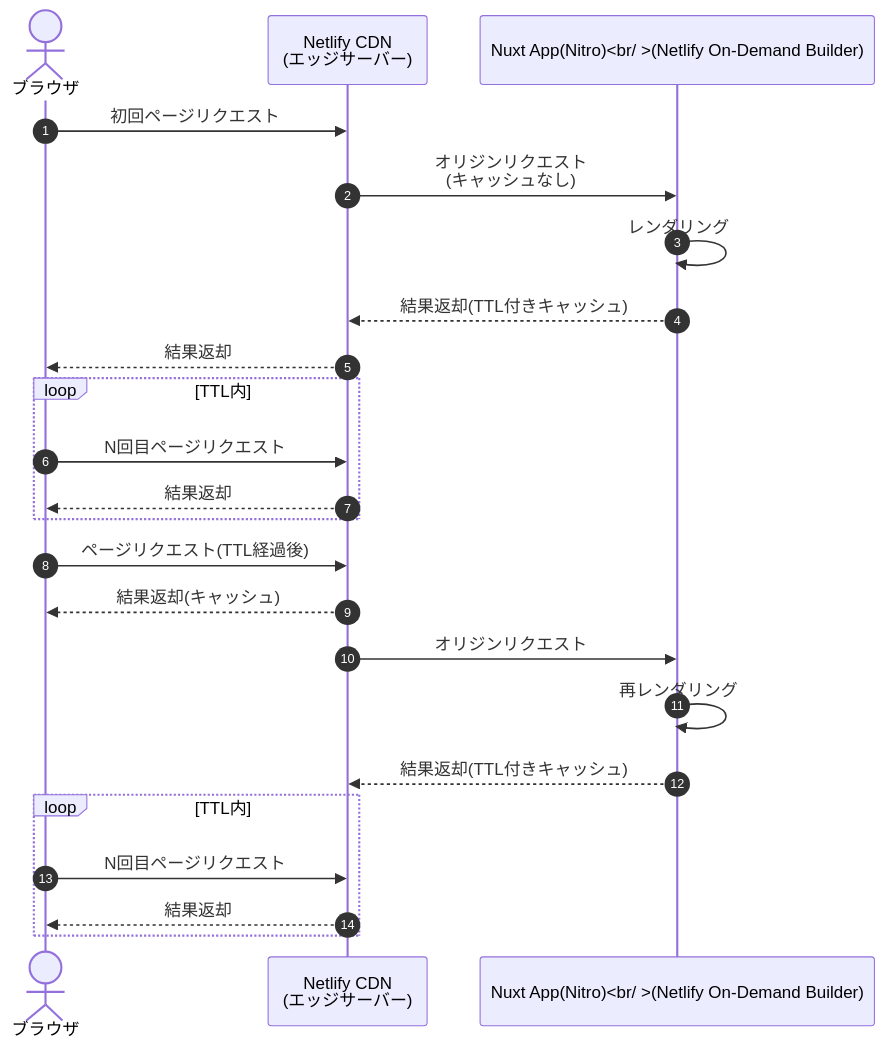
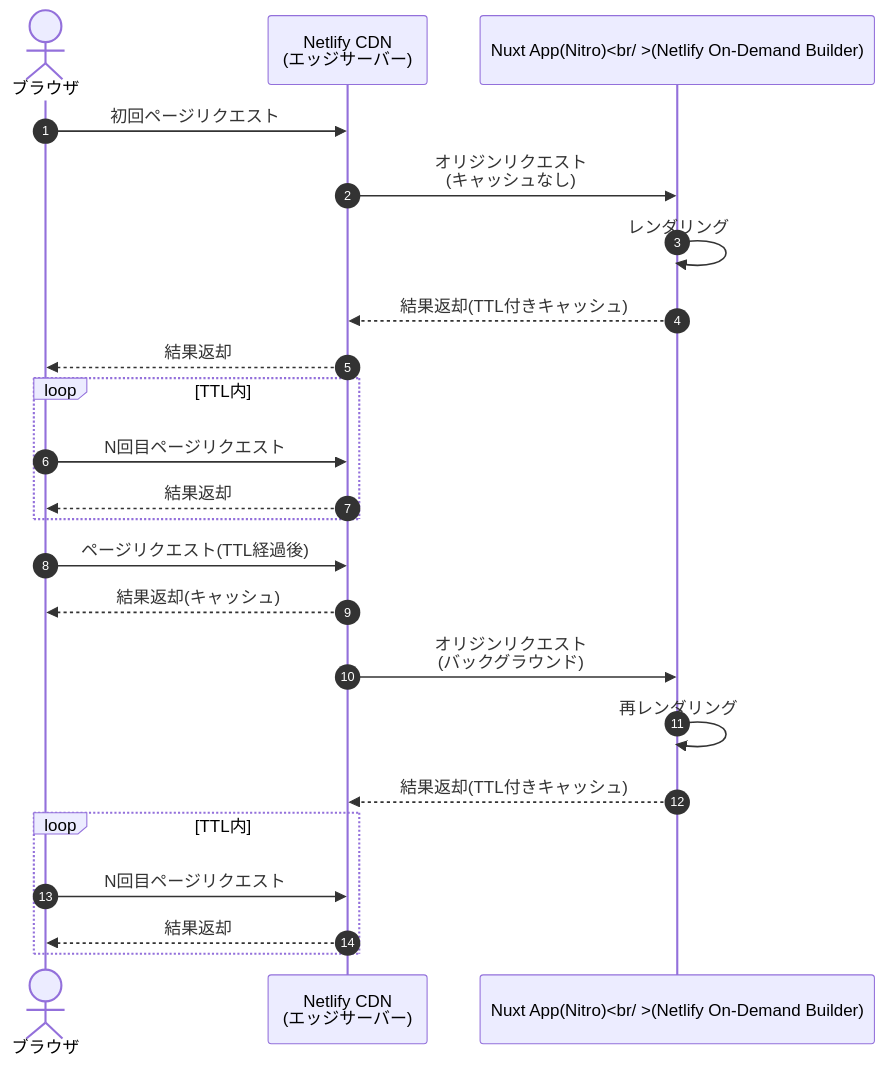
The second of 2 diagrams in src/posts/blogs/2022/1218_nuxt3-hybrid-rendering.md (mamezou-tech/mamezou-tech-site), drawn with Mermaid before and after one commit. The commit also changed other lines of this file, not shown here.

````diff
--- a/src/posts/blogs/2022/1218_nuxt3-hybrid-rendering.md
+++ b/src/posts/blogs/2022/1218_nuxt3-hybrid-rendering.md
@@ -397,25 +406,25 @@
 ```mermaid
 sequenceDiagram
     autonumber
     actor client as ブラウザ
     participant edge as Netlify CDN<br />(エッジサーバー)
     participant app as Nuxt App(Nitro)<br/ >(Netlify On-Demand Builder)
     client->>edge: 初回ページリクエスト
     edge->>app: オリジンリクエスト<br />(キャッシュなし)
     app->>app: レンダリング
     app-->>edge: 結果返却(TTL付きキャッシュ) 
     edge-->>client: 結果返却
     loop TTL内
         client->>edge: N回目ページリクエスト
         edge-->>client: 結果返却
     end
     client->>edge: ページリクエスト(TTL経過後)
     edge-->>client: 結果返却(キャッシュ)
-    edge->>app: オリジンリクエスト 
+    edge->>app: オリジンリクエスト<br />(バックグラウンド)
     app->>app: 再レンダリング
     app-->>edge: 結果返却(TTL付きキャッシュ) 
     loop TTL内
         client->>edge: N回目ページリクエスト
         edge-->>client: 結果返却
     end
 ```
````
